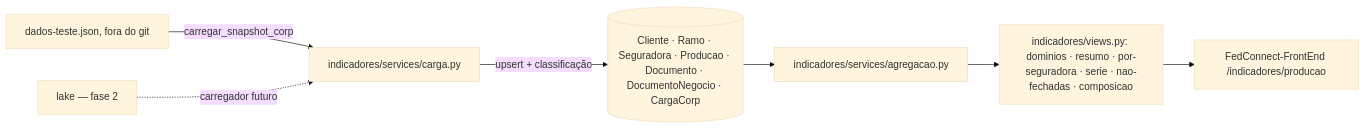
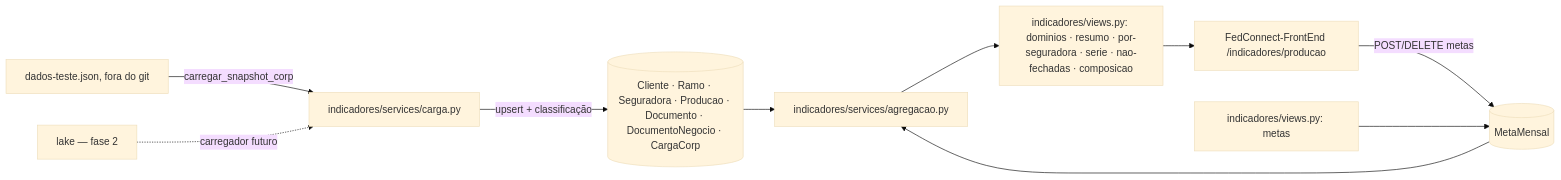
The diagram in specs/indicadores-executivos/design.md (Fedcorp-Desenvolvimentos/FedConnect-Back-End), drawn with Mermaid (base theme) before and after one commit. The commit also changed other lines of this file and 14 other files, not shown here.

First line of the commit message:
feat(indicadores): metas mensais por seguradora e ramo

````diff
--- a/specs/indicadores-executivos/design.md
+++ b/specs/indicadores-executivos/design.md
@@ -13,9 +13,12 @@
 ```mermaid
 flowchart LR
   SNAP[dados-teste.json, fora do git] -->|carregar_snapshot_corp| ING[indicadores/services/carga.py]
   LAKE[lake — fase 2] -.->|carregador futuro| ING
   ING -->|upsert + classificação| DB[(Cliente · Ramo · Seguradora · Producao · Documento · DocumentoNegocio · CargaCorp)]
   DB --> AGG[indicadores/services/agregacao.py]
+  META[(MetaMensal)] --> AGG
+  FE -->|POST/DELETE metas| META
   AGG --> V[indicadores/views.py: dominios · resumo · por-seguradora · serie · nao-fechadas · composicao]
   V --> FE[FedConnect-FrontEnd /indicadores/producao]
+  V2[indicadores/views.py: metas] --> META
 ```
````
